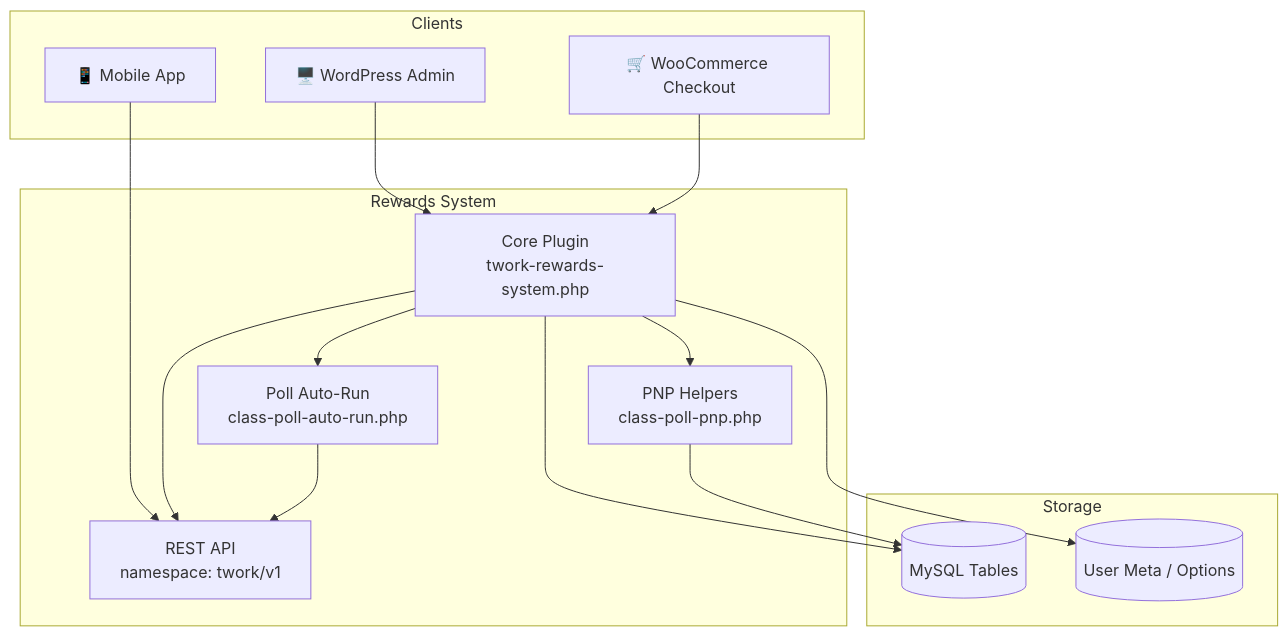
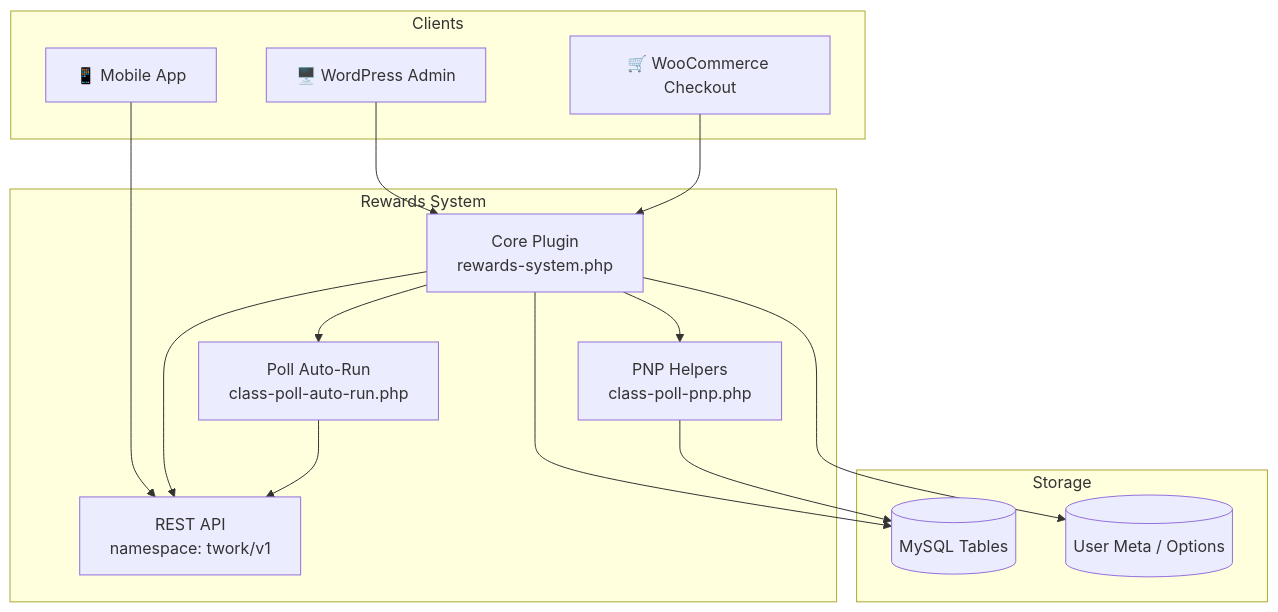
One commit to tworksystem/mingalarbuy changed the diagram in wp-content/plugins/rewards-system/README.md. Above: the diagram before and after it, drawn with Mermaid. The commit also changed other lines of this file and 2 other files, not shown here.

First line of the commit message:
refactor: 07062026 - rename rewards plugin bootstrap file to rewards-system.php

````diff
--- a/wp-content/plugins/rewards-system/README.md
+++ b/wp-content/plugins/rewards-system/README.md
@@ -61,31 +61,31 @@
 ```mermaid
 flowchart TB
     subgraph Clients
         APP[📱 Mobile App]
         ADMIN[🖥️ WordPress Admin]
         WC[🛒 WooCommerce Checkout]
     end
 
     subgraph Plugin["Rewards System"]
-        CORE[Core Plugin<br/>twork-rewards-system.php]
+        CORE[Core Plugin<br/>rewards-system.php]
         POLL[Poll Auto-Run<br/>class-poll-auto-run.php]
         PNP[PNP Helpers<br/>class-poll-pnp.php]
         REST[REST API<br/>namespace: twork/v1]
     end
 
     subgraph Storage
         DB[(MySQL Tables)]
         META[(User Meta / Options)]
     end
 
     APP --> REST
     ADMIN --> CORE
     WC --> CORE
     CORE --> REST
     CORE --> POLL
     CORE --> PNP
     POLL --> REST
     CORE --> DB
     CORE --> META
     PNP --> DB
 ```
````
